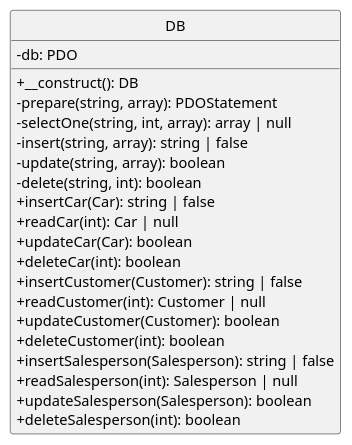
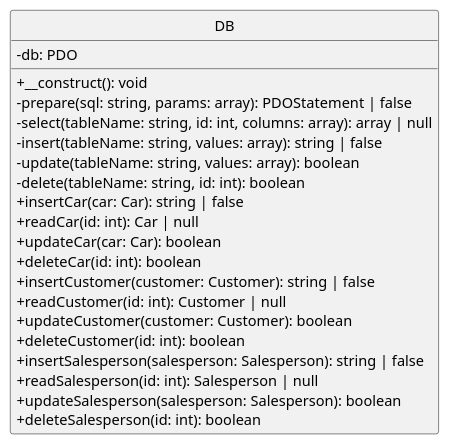
One commit to luke-hamann/stc-cis-266-scrum-3 changed the diagram in Scrum3_Team_3/Provider_3/Diagrams/DB.puml. Above: the diagram before and after it, drawn with PlantUML. The commit also changed 7 other files, not shown here.

Commit message:
Review UML class diagrams

```diff
--- a/Scrum3_Team_3/Provider_3/Diagrams/DB.puml
+++ b/Scrum3_Team_3/Provider_3/Diagrams/DB.puml
@@ -1,26 +1,26 @@
 @startuml
 hide circle
 skinparam classAttributeIconSize 0
 
 class DB {
     - db: PDO
-    + __construct(): DB
-    - prepare(string, array): PDOStatement
-    - selectOne(string, int, array): array | null
-    - insert(string, array): string | false
-    - update(string, array): boolean
-    - delete(string, int): boolean
-    + insertCar(Car): string | false
-    + readCar(int): Car | null
-    + updateCar(Car): boolean
-    + deleteCar(int): boolean
-    + insertCustomer(Customer): string | false
-    + readCustomer(int): Customer | null
-    + updateCustomer(Customer): boolean
-    + deleteCustomer(int): boolean
-    + insertSalesperson(Salesperson): string | false
-    + readSalesperson(int): Salesperson | null
-    + updateSalesperson(Salesperson): boolean
-    + deleteSalesperson(int): boolean
+    + __construct(): void
+    - prepare(sql: string, params: array): PDOStatement | false
+    - select(tableName: string, id: int, columns: array): array | null
+    - insert(tableName: string, values: array): string | false
+    - update(tableName: string, values: array): boolean
+    - delete(tableName: string, id: int): boolean
+    + insertCar(car: Car): string | false
+    + readCar(id: int): Car | null
+    + updateCar(car: Car): boolean
+    + deleteCar(id: int): boolean
+    + insertCustomer(customer: Customer): string | false
+    + readCustomer(id: int): Customer | null
+    + updateCustomer(customer: Customer): boolean
+    + deleteCustomer(id: int): boolean
+    + insertSalesperson(salesperson: Salesperson): string | false
+    + readSalesperson(id: int): Salesperson | null
+    + updateSalesperson(salesperson: Salesperson): boolean
+    + deleteSalesperson(id: int): boolean
 }
 @enduml
```
